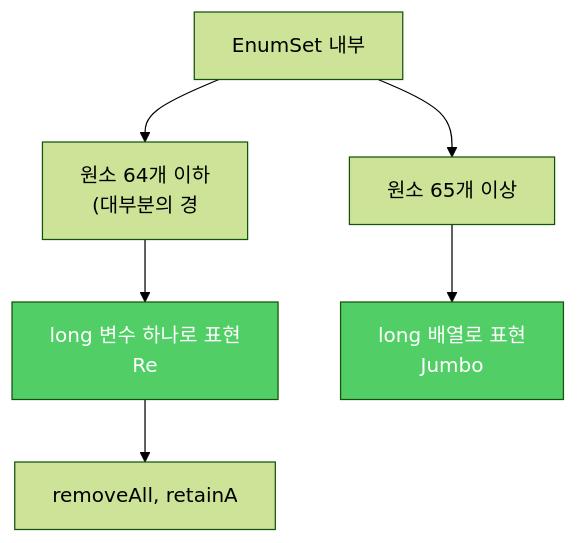
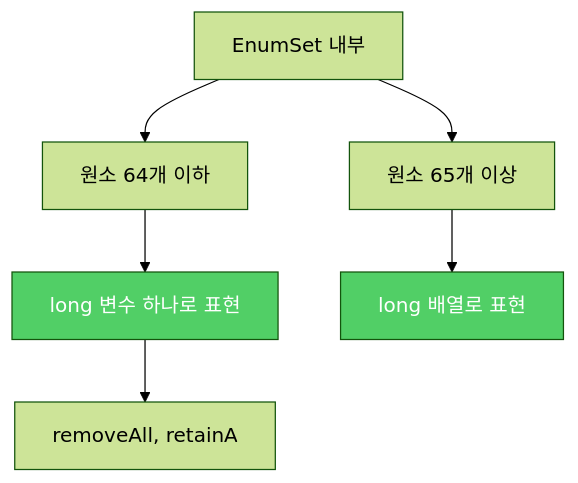
The second of 4 diagrams in _posts/java/2022-01-14-effective-java36.md (yjkim2015/yjkim2015.github.io), drawn with Mermaid (forest theme) before and after one commit. The commit also changed other lines of this file and 217 other files, not shown here.

First line of the commit message:
Mermaid 크기 수정: useMaxWidth:true + SVG max-width:100% + 라벨 축소

````diff
--- a/_posts/java/2022-01-14-effective-java36.md
+++ b/_posts/java/2022-01-14-effective-java36.md
@@ -75,10 +75,10 @@
 ```mermaid
 graph TD
-    A["EnumSet 내부"] --> B["원소 64개 이하\n(대부분의 경"]
+    A["EnumSet 내부"] --> B["원소 64개 이하"]
     A --> C["원소 65개 이상"]
-    B --> D["long 변수 하나로 표현\nRe"]
-    C --> E["long 배열로 표현\nJumbo"]
+    B --> D["long 변수 하나로 표현"]
+    C --> E["long 배열로 표현"]
     D --> F["removeAll, retainA"]
     style D fill:#51cf66,color:#fff
     style E fill:#51cf66,color:#fff
 ```
````
